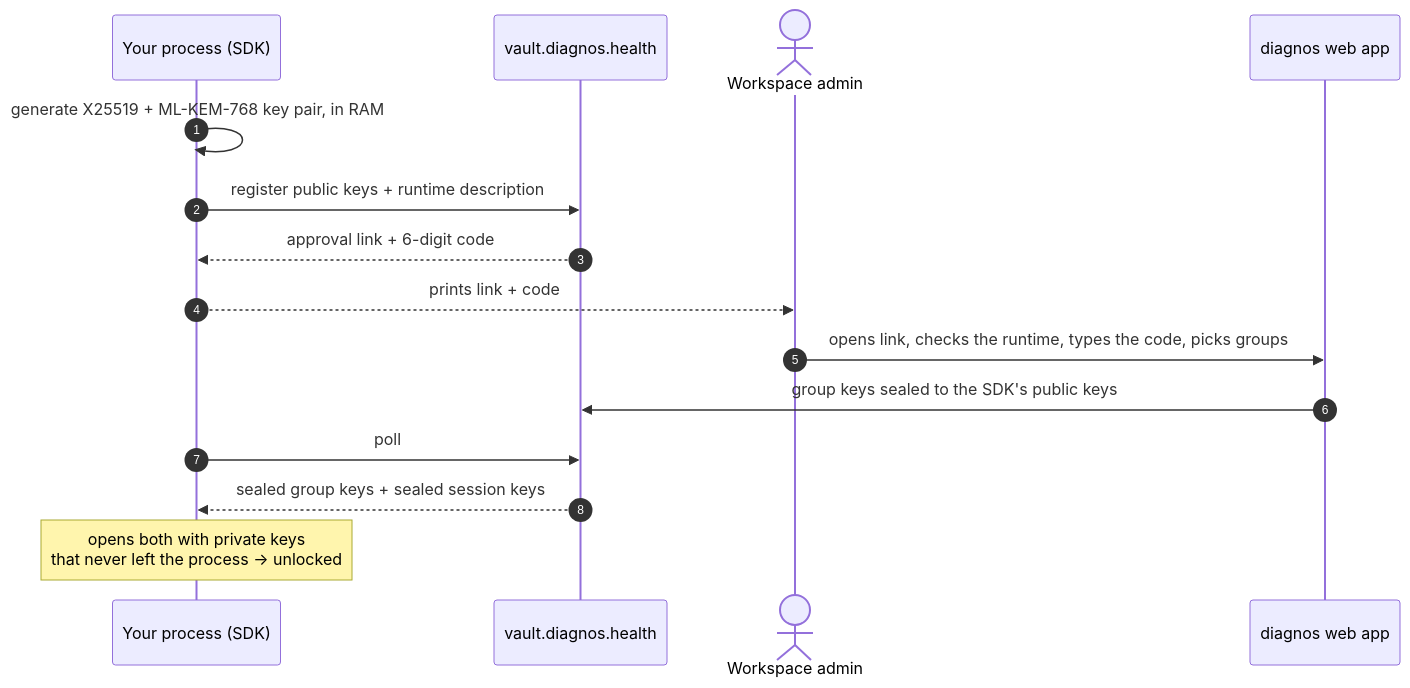
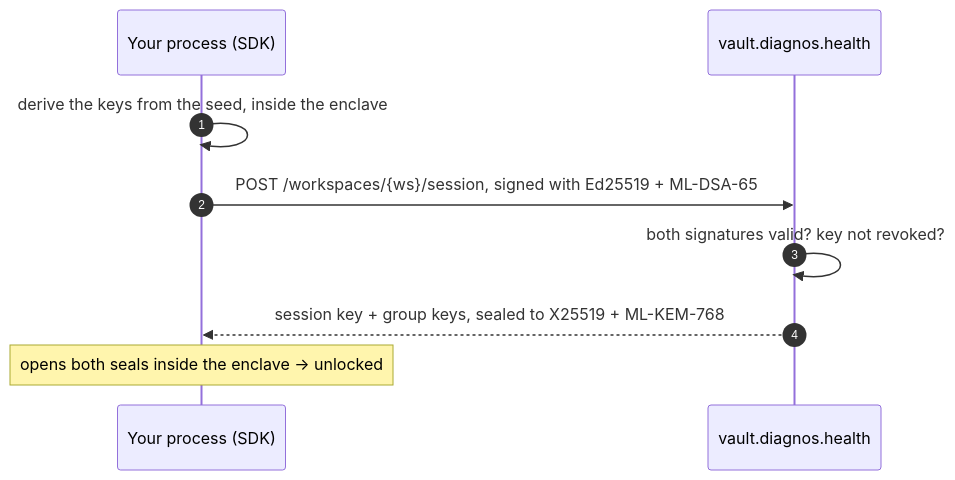
One commit to diagnos-tech/integration changed the diagram in docs/guides/authentication.md. Above: the diagram before and after it, drawn with Mermaid. The commit also changed other lines of this file and 47 other files, not shown here.

````diff
--- a/docs/guides/authentication.md
+++ b/docs/guides/authentication.md
@@ -78,18 +95,12 @@
 ```mermaid
 sequenceDiagram
     autonumber
     participant P as Your process (SDK)
     participant V as vault.diagnos.health
-    actor A as Workspace admin
-    participant W as diagnos web app
 
-    P->>P: generate X25519 + ML-KEM-768 key pair, in RAM
-    P->>V: register public keys + runtime description
-    V-->>P: approval link + 6-digit code
-    P-->>A: prints link + code
-    A->>W: opens link, checks the runtime, types the code, picks groups
-    W->>V: group keys sealed to the SDK's public keys
-    P->>V: poll
-    V-->>P: sealed group keys + sealed session keys
-    Note over P: opens both with private keys<br/>that never left the process → unlocked
+    P->>P: derive the keys from the seed, inside the enclave
+    P->>V: POST /workspaces/{ws}/session, signed with Ed25519 + ML-DSA-65
+    V->>V: both signatures valid? key not revoked?
+    V-->>P: session key + group keys, sealed to X25519 + ML-KEM-768
+    Note over P: opens both seals inside the enclave → unlocked
 ```
````
